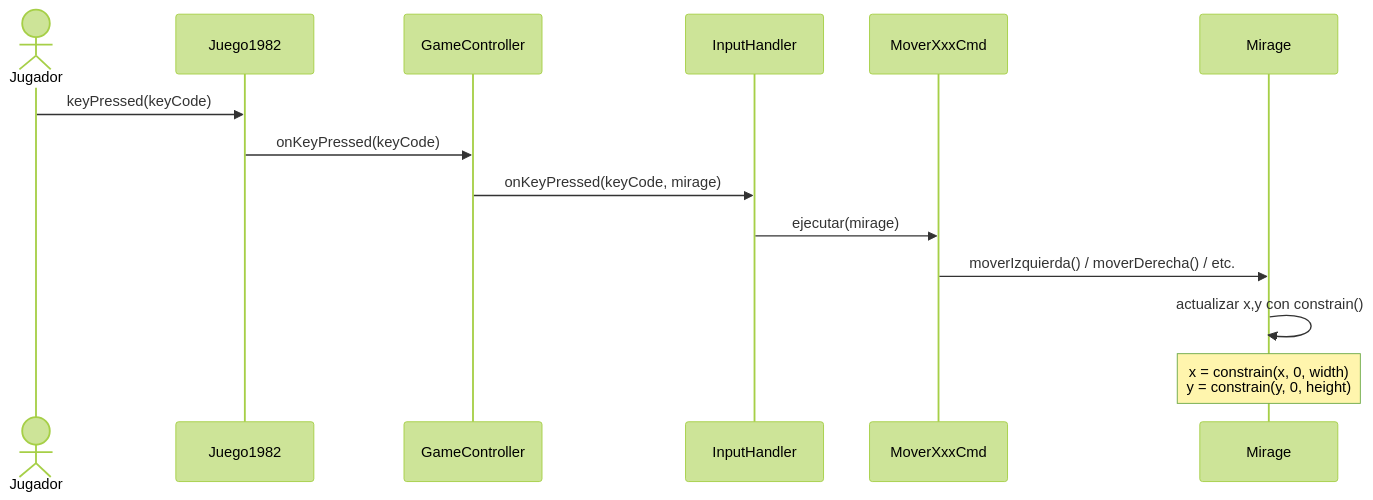
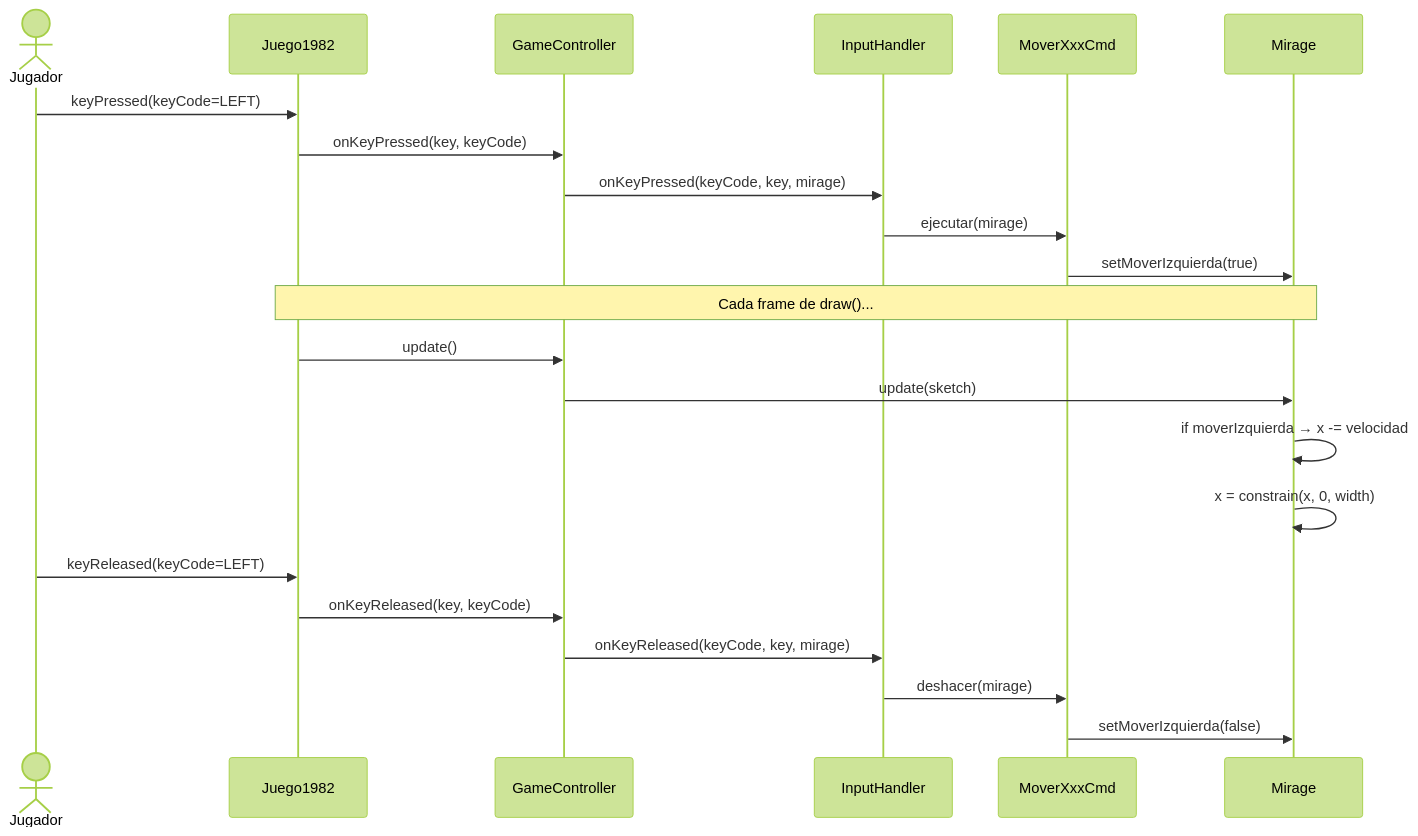
The second of 12 diagrams in docs/analisis/casos-de-uso.md (Christian-Rojas-Rodriguez/juego-1982), drawn with Mermaid (forest theme) before and after one commit. The commit also changed other lines of this file and 3 other files, not shown here.

First line of the commit message:
Actualizar documentación con nuevo concepto de juego — survival shooter infinito

````diff
--- a/docs/analisis/casos-de-uso.md
+++ b/docs/analisis/casos-de-uso.md
@@ -54,17 +91,27 @@
 ```mermaid
 sequenceDiagram
     actor Jugador
     participant Juego1982
     participant GameController
     participant InputHandler
     participant MoverCmd as MoverXxxCmd
     participant Mirage
 
-    Jugador->>Juego1982: keyPressed(keyCode)
-    Juego1982->>GameController: onKeyPressed(keyCode)
-    GameController->>InputHandler: onKeyPressed(keyCode, mirage)
+    Jugador->>Juego1982: keyPressed(keyCode=LEFT)
+    Juego1982->>GameController: onKeyPressed(key, keyCode)
+    GameController->>InputHandler: onKeyPressed(keyCode, key, mirage)
     InputHandler->>MoverCmd: ejecutar(mirage)
-    MoverCmd->>Mirage: moverIzquierda() / moverDerecha() / etc.
-    Mirage->>Mirage: actualizar x,y con constrain()
-    Note over Mirage: x = constrain(x, 0, width)<br/>y = constrain(y, 0, height)
+    MoverCmd->>Mirage: setMoverIzquierda(true)
+
+    Note over Juego1982,Mirage: Cada frame de draw()...
+    Juego1982->>GameController: update()
+    GameController->>Mirage: update(sketch)
+    Mirage->>Mirage: if moverIzquierda → x -= velocidad
+    Mirage->>Mirage: x = constrain(x, 0, width)
+
+    Jugador->>Juego1982: keyReleased(keyCode=LEFT)
+    Juego1982->>GameController: onKeyReleased(key, keyCode)
+    GameController->>InputHandler: onKeyReleased(keyCode, key, mirage)
+    InputHandler->>MoverCmd: deshacer(mirage)
+    MoverCmd->>Mirage: setMoverIzquierda(false)
 ```
````
